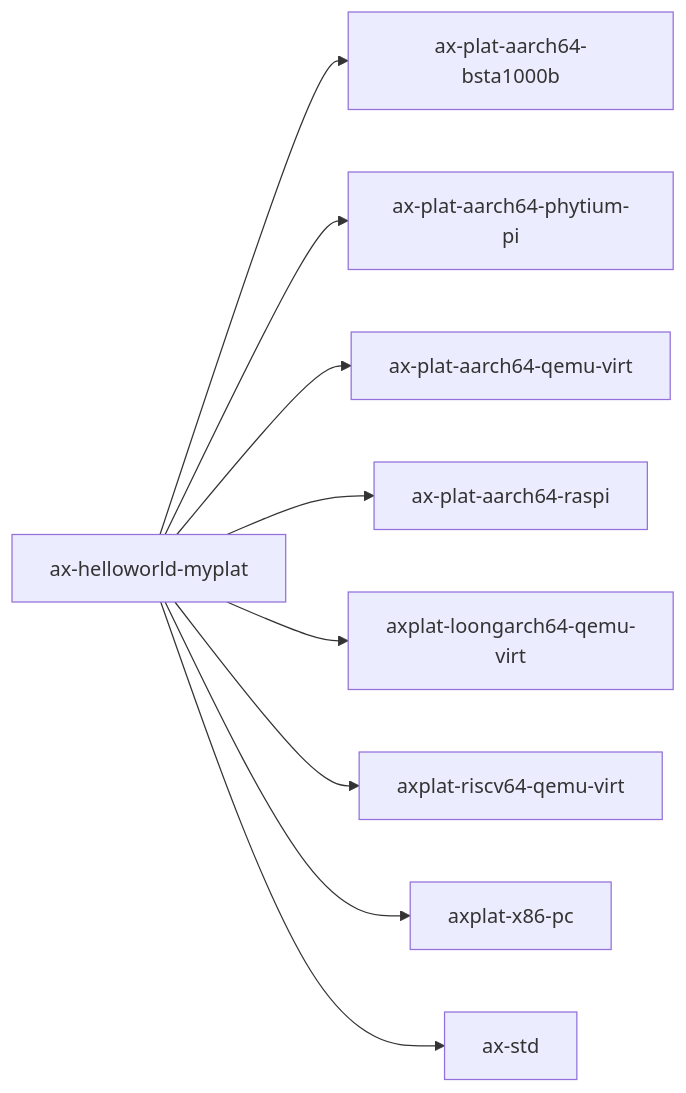
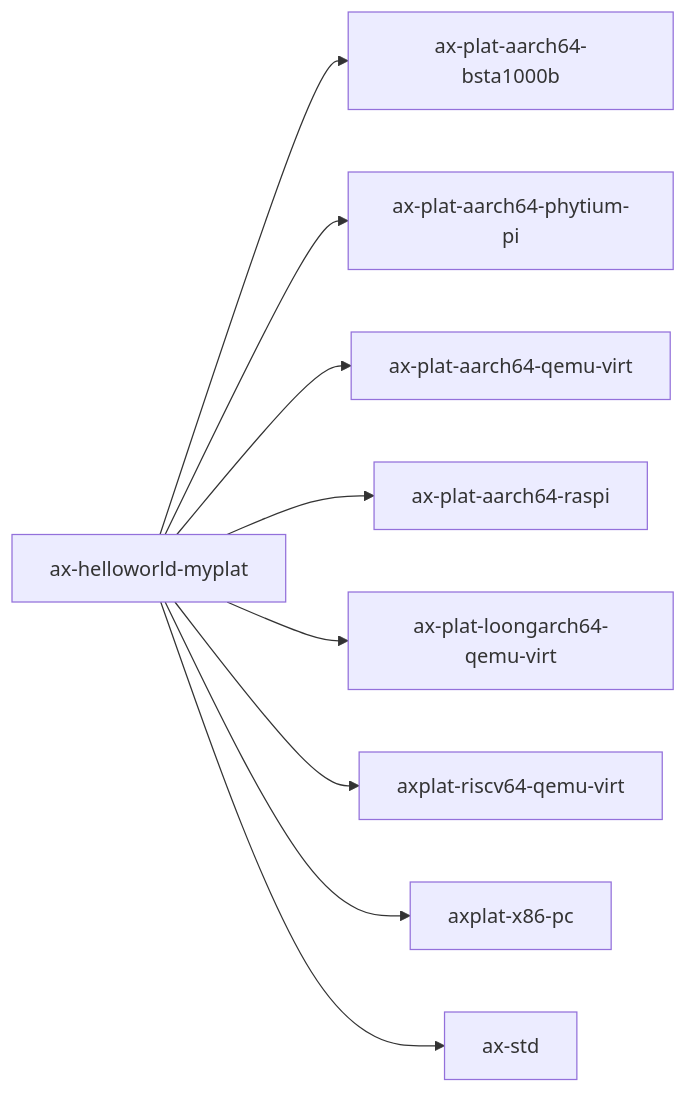
The diagram in docs/crates/ax-helloworld-myplat.md (zKurisu/tgoskits), drawn with Mermaid before and after one commit. The commit also changed other lines of this file and 34 other files, not shown here.

Commit message:
rename axplat-loongarch64-qemu-virt to ax-plat-loongarch64-qemu-virt

````diff
--- a/docs/crates/ax-helloworld-myplat.md
+++ b/docs/crates/ax-helloworld-myplat.md
@@ -31,12 +31,12 @@
 ```mermaid
 graph LR
     current["ax-helloworld-myplat"]
     current --> axplat_aarch64_bsta1000b["ax-plat-aarch64-bsta1000b"]
     current --> axplat_aarch64_phytium_pi["ax-plat-aarch64-phytium-pi"]
     current --> axplat_aarch64_qemu_virt["ax-plat-aarch64-qemu-virt"]
     current --> axplat_aarch64_raspi["ax-plat-aarch64-raspi"]
-    current --> axplat_loongarch64_qemu_virt["axplat-loongarch64-qemu-virt"]
+    current --> ax_plat_loongarch64_qemu_virt["ax-plat-loongarch64-qemu-virt"]
     current --> axplat_riscv64_qemu_virt["axplat-riscv64-qemu-virt"]
     current --> axplat_x86_pc["axplat-x86-pc"]
     current --> ax-std["ax-std"]
 ```
````
